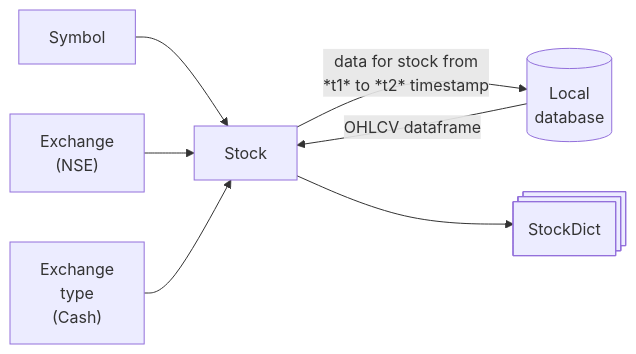
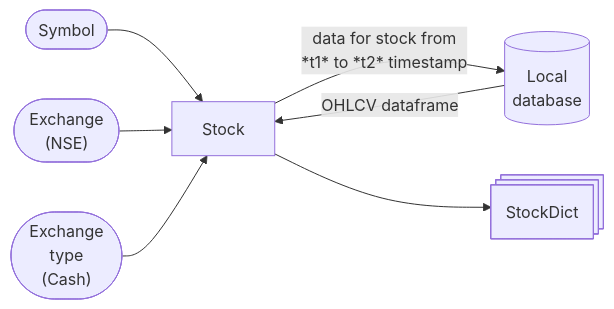
One commit to dev-ddr/finmetry changed the diagram in docs/concepts/stocks_handling_module.md. Above: the diagram before and after it, drawn with Mermaid. The commit also changed 2 other files, not shown here.

````diff
--- a/docs/concepts/stocks_handling_module.md
+++ b/docs/concepts/stocks_handling_module.md
@@ -5,14 +5,14 @@
 ```mermaid
 
 flowchart LR
 
 st1[Stock]
 dhm[(Local <br> database)]
 
 st1 --data for stock from <br>*t1* to *t2* timestamp--> dhm
 dhm --OHLCV dataframe--> st1
 
-Symbol & e["`Exchange<br>(NSE)`"] & et["`Exchange<br>type<br>(Cash)`"] --> st1
+Symbol([Symbol]) & e(["`Exchange<br>(NSE)`"]) & et(["`Exchange<br>type<br>(Cash)`"]) --> st1
 
 st1 --> sd1@{ shape: procs, label: "StockDict"}
 ```
````
